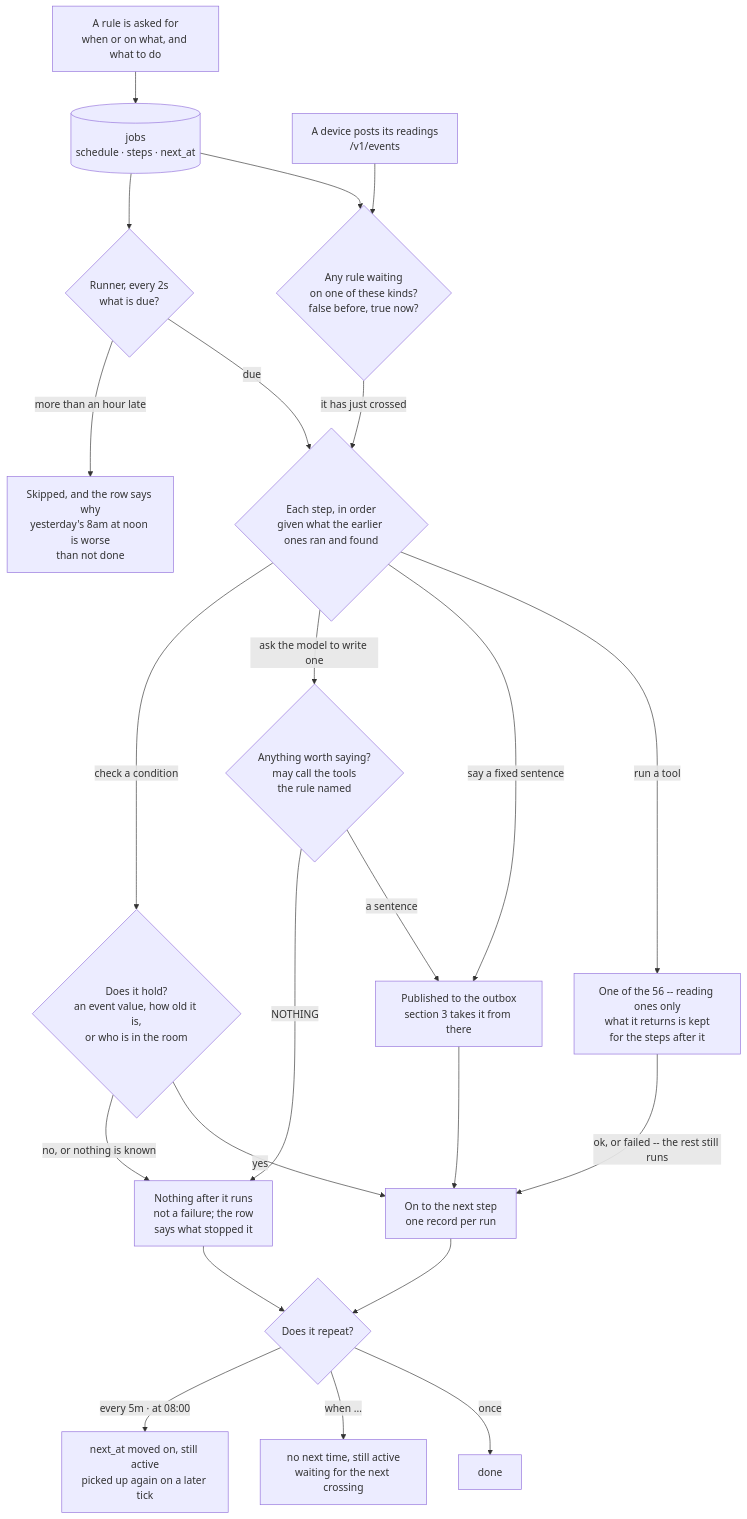
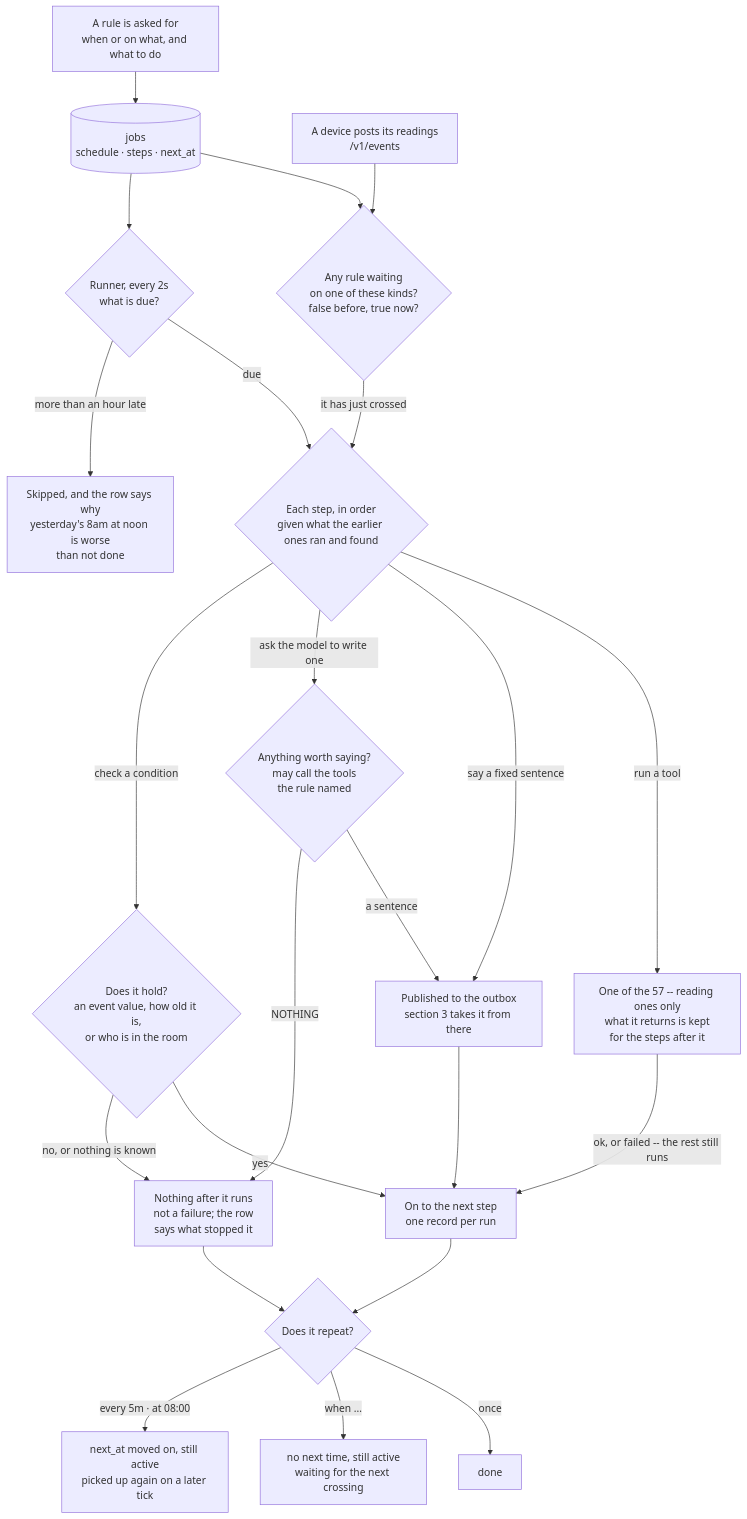
One commit to DhanushRamesh/personal-assistant changed the fifth of 5 diagrams in FEATURES.md. Above: the diagram before and after it, drawn with Mermaid. The commit also changed other lines of this file and 4 other files, not shown here.

````diff
--- a/FEATURES.md
+++ b/FEATURES.md
@@ -275,33 +275,33 @@
 ```mermaid
 flowchart TB
     ASK["A rule is asked for<br/>when or on what, and what to do"] --> ROW[("jobs<br/>schedule · steps · next_at")]
 
     ROW --> TICK{"Runner, every 2s<br/>what is due?"}
     TICK -- "more than an hour late" --> SKIP["Skipped, and the row says why<br/>yesterday's 8am at noon is worse<br/>than not done"]
     TICK -- "due" --> WHAT
 
     READ["A device posts its readings<br/>/v1/events"] --> CROSS{"Any rule waiting<br/>on one of these kinds?<br/>false before, true now?"}
     ROW --> CROSS
     CROSS -- "it has just crossed" --> WHAT
 
     WHAT{"Each step, in order<br/>given what the earlier ones ran and found"}
     WHAT -- "check a condition" --> GATE{"Does it hold?<br/>an event value, how old it is,<br/>or who is in the room"}
     WHAT -- "ask the model to write one" --> MODEL{"Anything worth saying?<br/>may call the tools<br/>the rule named"}
     WHAT -- "say a fixed sentence" --> OUT["Published to the outbox<br/>section 3 takes it from there"]
-    WHAT -- "run a tool" --> TOOL["One of the 56 -- reading ones only<br/>what it returns is kept<br/>for the steps after it"]
+    WHAT -- "run a tool" --> TOOL["One of the 57 -- reading ones only<br/>what it returns is kept<br/>for the steps after it"]
 
     GATE -- "no, or nothing is known" --> STOP["Nothing after it runs<br/>not a failure; the row<br/>says what stopped it"]
     MODEL -- "NOTHING" --> STOP
     MODEL -- "a sentence" --> OUT
     GATE -- "yes" --> ON
     OUT --> ON
     TOOL -- "ok, or failed -- the rest still runs" --> ON
 
     ON["On to the next step<br/>one record per run"] --> END
     STOP --> END
 
     END{"Does it repeat?"}
     END -- "every 5m · at 08:00" --> AGAIN["next_at moved on, still active<br/>picked up again on a later tick"]
     END -- "when ..." --> WAITS["no next time, still active<br/>waiting for the next crossing"]
     END -- "once" --> DONE["done"]
 ```
````
